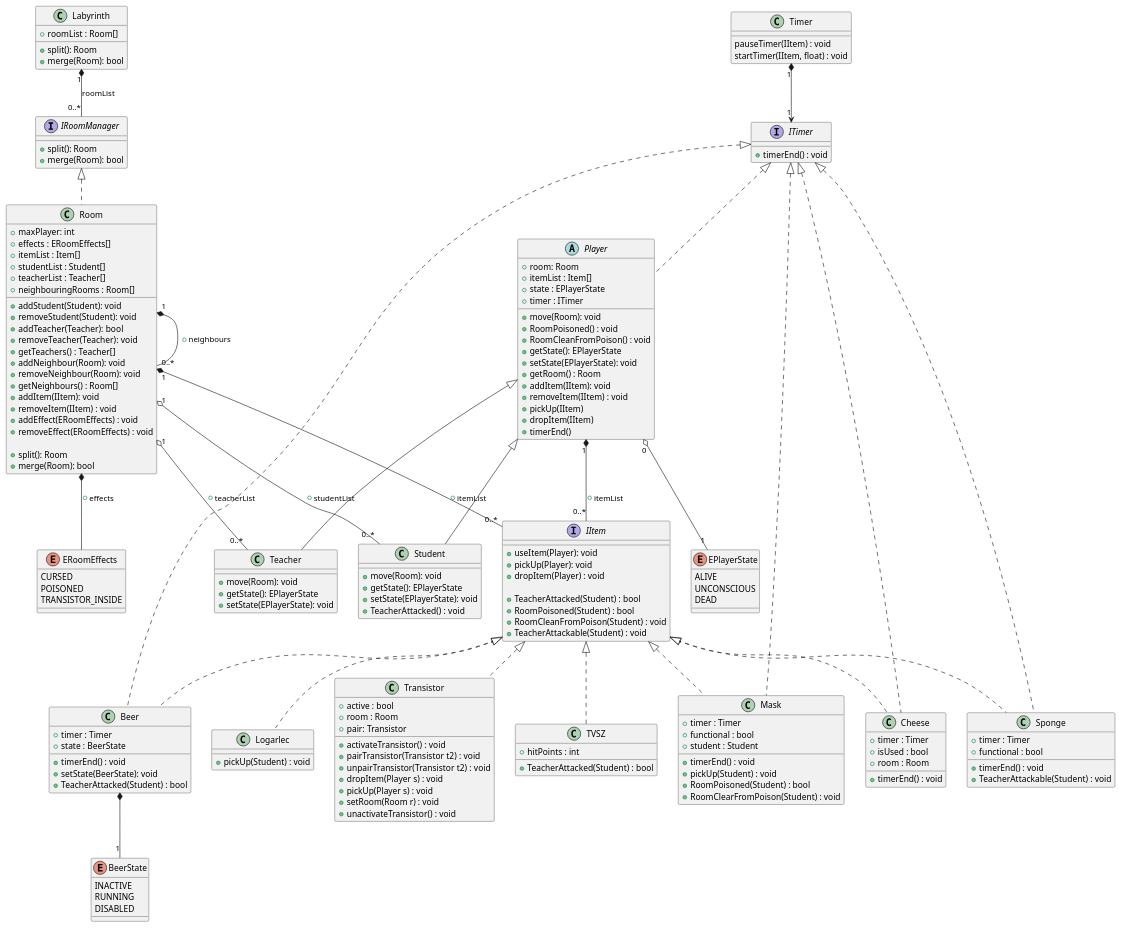
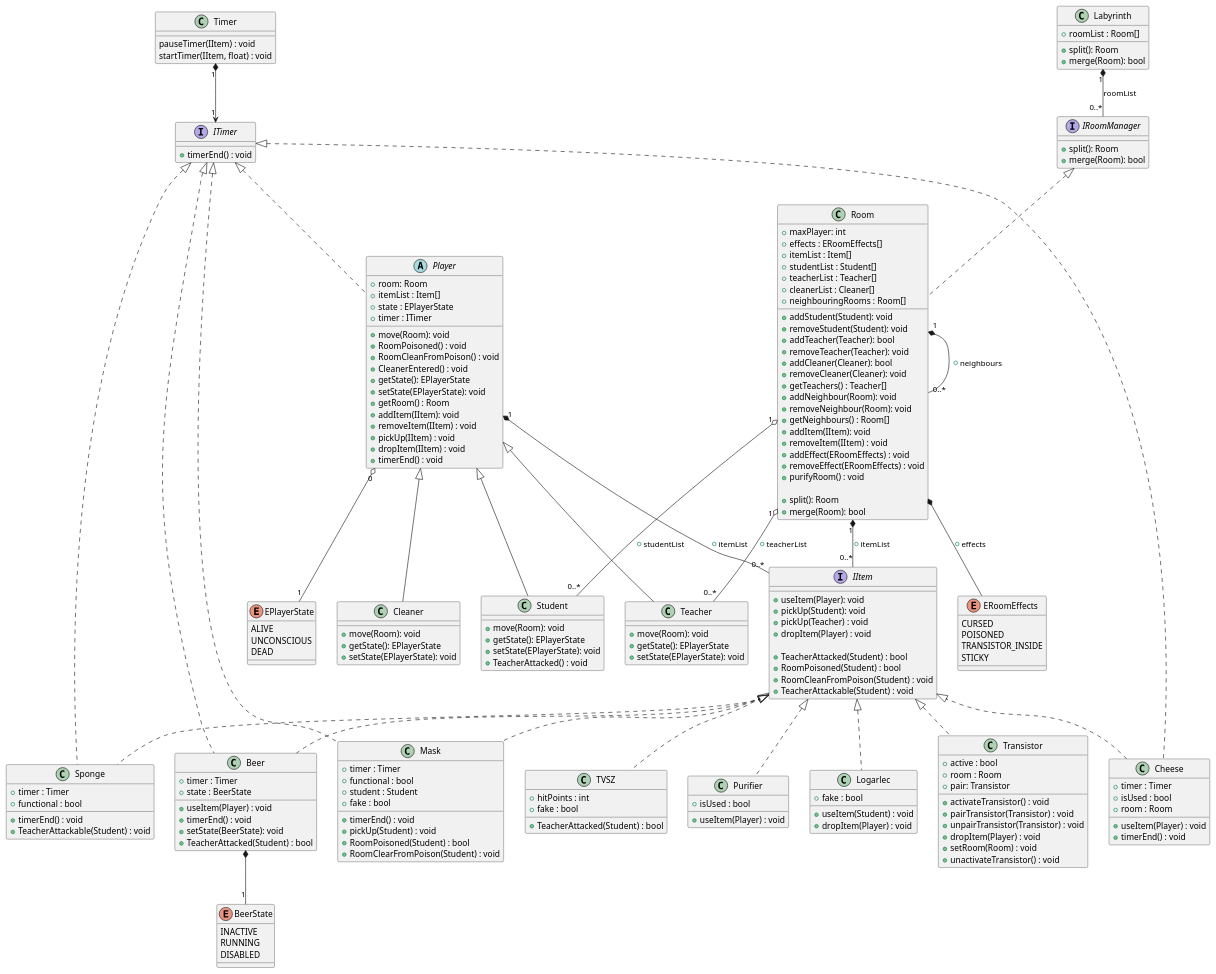
Before and after one commit to MBakter/echo: the diagram in docs/Class_UML.plantuml, drawn with PlantUML. The commit also changed 11 other files, not shown here.

```diff
--- a/docs/Class_UML.plantuml
+++ b/docs/Class_UML.plantuml
@@ -14,19 +14,21 @@
     + merge(Room): bool
 }
 
-/' Removed implementing IItemHolder '/
 class Room implements IRoomManager {
     + maxPlayer: int
     + effects : ERoomEffects[]
     + itemList : Item[]
     + studentList : Student[]
     + teacherList : Teacher[]
+    + cleanerList : Cleaner[]
     + neighbouringRooms : Room[]
 
     + addStudent(Student): void
     + removeStudent(Student): void
     + addTeacher(Teacher): bool
     + removeTeacher(Teacher): void
+    + addCleaner(Cleaner): bool
+    + removeCleaner(Cleaner): void
     + getTeachers() : Teacher[]
     + addNeighbour(Room): void
     + removeNeighbour(Room): void
@@ -35,6 +37,7 @@
     + removeItem(IItem) : void
     + addEffect(ERoomEffects) : void
     + removeEffect(ERoomEffects) : void
+    + purifyRoom() : void
 
     + split(): Room
     + merge(Room): bool
@@ -53,7 +56,6 @@
     DEAD
 }
 
-/' Removed implementing IItemHolder '/
 abstract class Player implements ITimer{
     + room: Room
     + itemList : Item[]
@@ -63,14 +65,15 @@
     + move(Room): void
     + RoomPoisoned() : void
     + RoomCleanFromPoison() : void
+    + CleanerEntered() : void
     + getState(): EPlayerState
     + setState(EPlayerState): void
     + getRoom() : Room
     + addItem(IItem): void
     + removeItem(IItem) : void
-    + pickUp(IItem)
-    + dropItem(IItem)
-    + timerEnd()
+    + pickUp(IItem) : void
+    + dropItem(IItem) : void
+    + timerEnd() : void
 }
 
 Player "0" o-- "1" EPlayerState
@@ -78,7 +81,8 @@
 
 interface IItem {
     + useItem(Player): void
-    + pickUp(Player): void
+    + pickUp(Student): void
+    + pickUp(Teacher) : void
     + dropItem(Player) : void
 
     + TeacherAttacked(Student) : bool
@@ -87,28 +91,30 @@
     + TeacherAttackable(Student) : void
 }
 
-class Teacher extends Player{
+class Teacher extends Player {
     + move(Room): void
     + getState(): EPlayerState
     + setState(EPlayerState): void
 }
 
-class Student extends Player{
+class Student extends Player {
     + move(Room): void
     + getState(): EPlayerState
     + setState(EPlayerState): void
     + TeacherAttacked() : void
 }
 
-/' interface IItemHolder {
-    + addItemy(Item: Item): void
-    + removeItem(Item: Item): void
-} '/
+class Cleaner extends Player {
+    + move(Room): void
+    + getState(): EPlayerState
+    + setState(EPlayerState): void
+}
 
 enum ERoomEffects {
     CURSED
     POISONED
     TRANSISTOR_INSIDE
+    STICKY
 }
 
 interface ITimer {
@@ -117,6 +123,7 @@
 
 class TVSZ implements IItem {
     + hitPoints : int
+    + fake : bool
 
     + TeacherAttacked(Student) : bool
 }
@@ -127,11 +134,10 @@
     + pair: Transistor
 
     + activateTransistor() : void
-    + pairTransistor(Transistor t2) : void
-    + unpairTransistor(Transistor t2) : void
-    + dropItem(Player s) : void
-    + pickUp(Player s) : void
-    + setRoom(Room r) : void
+    + pairTransistor(Transistor) : void
+    + unpairTransistor(Transistor) : void
+    + dropItem(Player) : void
+    + setRoom(Room) : void
     + unactivateTransistor() : void
 }
 
@@ -145,10 +151,10 @@
     + timer : Timer
     + state : BeerState
     
+    + useItem(Player) : void
     + timerEnd() : void
     + setState(BeerState): void
     + TeacherAttacked(Student) : bool
-    /'+ activateBeer() : void '/
 }
 Beer *-- "1" BeerState
 
@@ -156,6 +162,7 @@
     + timer : Timer
     + functional : bool
     + student : Student
+    + fake : bool
 
     + timerEnd() : void
     + pickUp(Student) : void
@@ -164,7 +171,7 @@
 
 }
 
-class Sponge  implements IItem, ITimer {
+class Sponge implements IItem, ITimer {
     + timer : Timer
     + functional : bool
 
@@ -172,16 +179,26 @@
     + TeacherAttackable(Student) : void
 }
 
-class Cheese  implements IItem, ITimer {
+class Cheese implements IItem, ITimer {
     + timer : Timer
     + isUsed : bool
     + room : Room
     
+    + useItem(Player) : void
     + timerEnd() : void
 }
 
+class Purifier implements IItem {
+    + isUsed : bool
+
+    + useItem(Player) : void
+}
+
 class Logarlec  implements IItem  {
-    + pickUp(Student) : void
+    + fake : bool
+
+    + useItem(Student) : void
+    + dropItem(Player) : void
 }
 
 class Timer {
```
